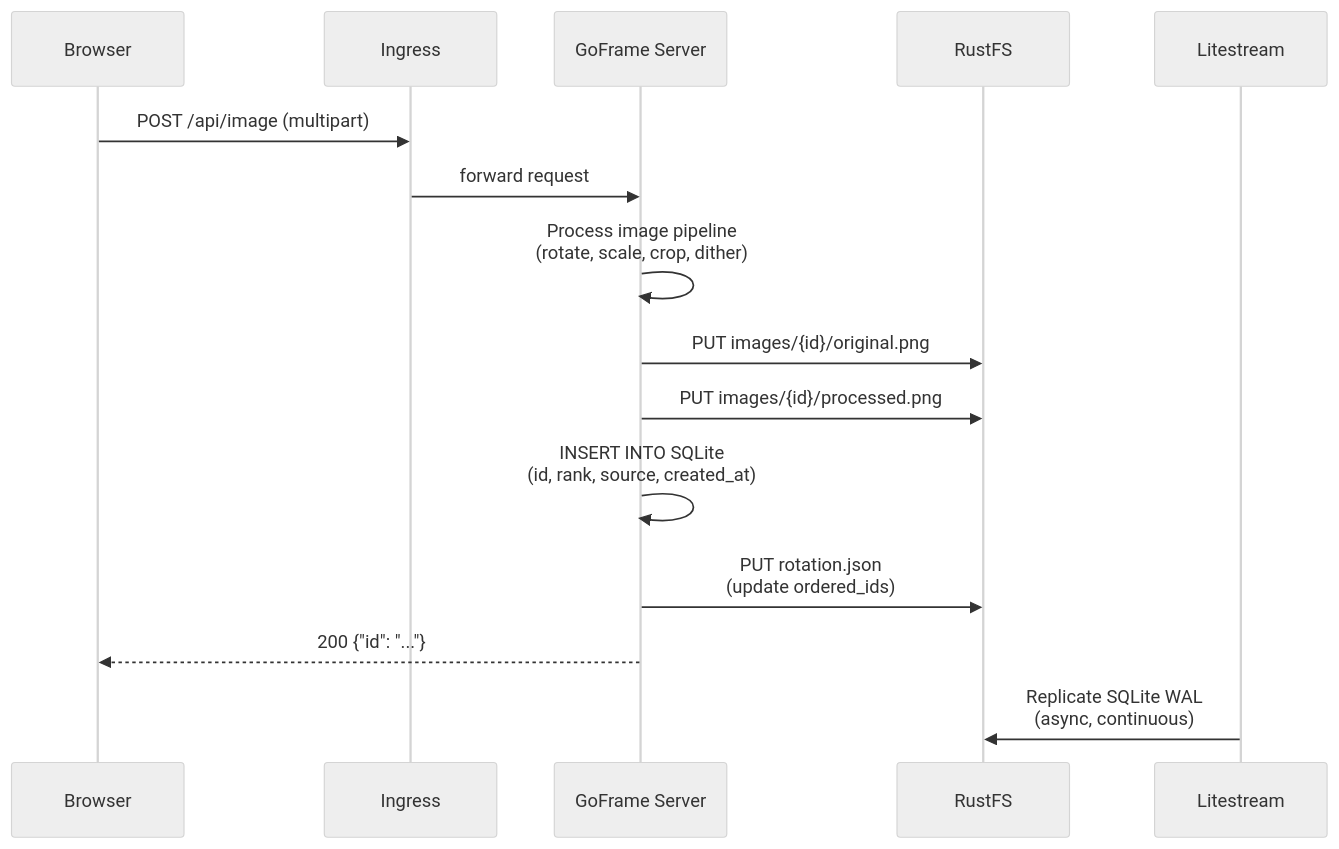
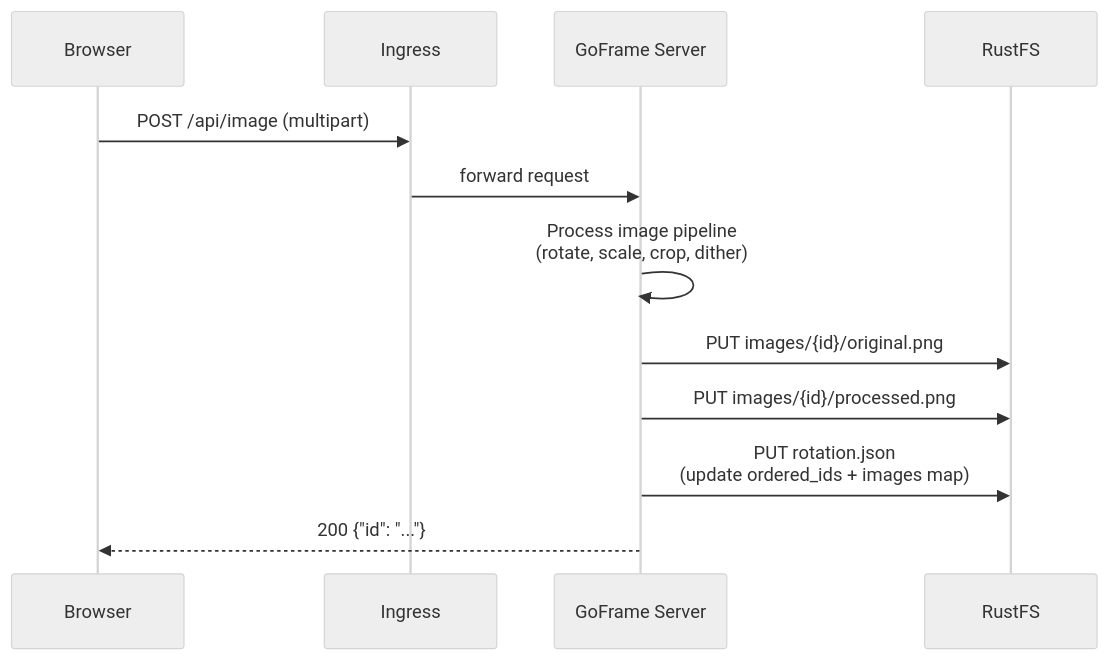
Before and after one commit to jo-hoe/goframe: the second of 6 diagrams in docs/architecture.md, drawn with Mermaid (neutral theme). The commit also changed other lines of this file and 5 other files, not shown here.

Commit message:
remove litestream and sqlite references from docs and config

````diff
--- a/docs/architecture.md
+++ b/docs/architecture.md
@@ -67,18 +63,15 @@
 ```mermaid
 sequenceDiagram
     participant B as Browser
     participant I as Ingress
     participant S as GoFrame Server
     participant R as RustFS
-    participant L as Litestream
 
     B->>I: POST /api/image (multipart)
     I->>S: forward request
     S->>S: Process image pipeline<br/>(rotate, scale, crop, dither)
     S->>R: PUT images/{id}/original.png
     S->>R: PUT images/{id}/processed.png
-    S->>S: INSERT INTO SQLite<br/>(id, rank, source, created_at)
-    S->>R: PUT rotation.json<br/>(update ordered_ids)
+    S->>R: PUT rotation.json<br/>(update ordered_ids + images map)
     S-->>B: 200 {"id": "..."}
-    L->>R: Replicate SQLite WAL<br/>(async, continuous)
 ```
````
